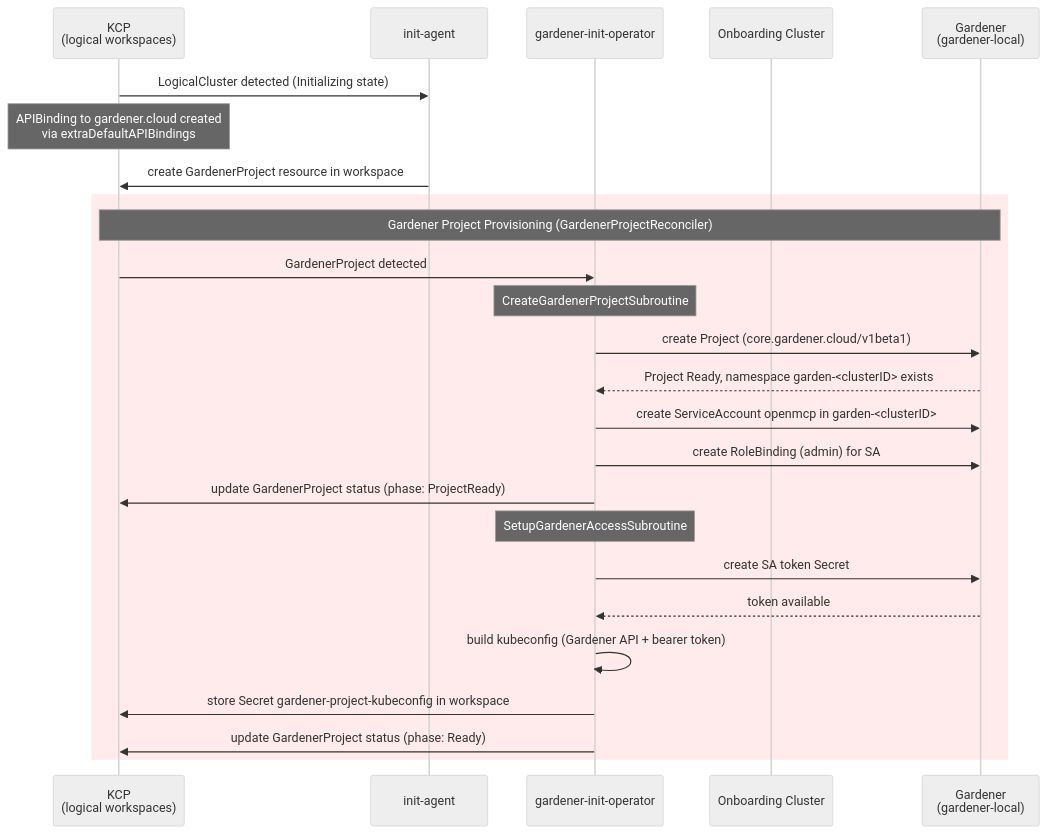
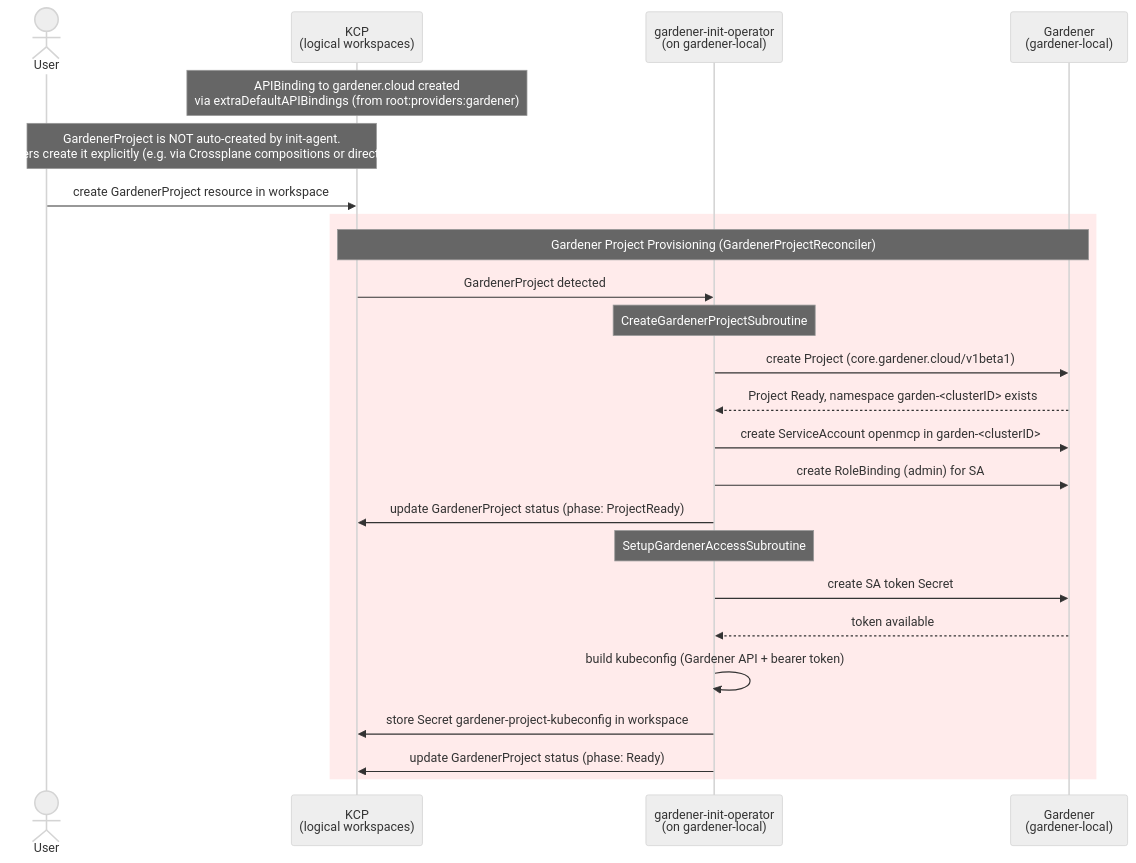
One commit to openmcp-project/local-event-showcase changed the third of 3 diagrams in concept.md. Above: the diagram before and after it, drawn with Mermaid (neutral theme). The commit also changed other lines of this file and 19 other files, not shown here.

First line of the commit message:
feat(demo): build api-syncagent locally and move gardener API to own provider workspace

````diff
--- a/concept.md
+++ b/concept.md
@@ -159,32 +168,32 @@
 ```mermaid
 sequenceDiagram
+    actor User as User
     participant KCP as KCP<br/>(logical workspaces)
-    participant InitAgent as init-agent
-    participant Operator as gardener-init-operator
-    participant Onboarding as Onboarding Cluster
+    participant Operator as gardener-init-operator<br/>(on gardener-local)
     participant Gardener as Gardener<br/>(gardener-local)
 
-    KCP->>InitAgent: LogicalCluster detected (Initializing state)
-    Note over KCP: APIBinding to gardener.cloud created<br/>via extraDefaultAPIBindings
-    InitAgent->>KCP: create GardenerProject resource in workspace
+    Note over KCP: APIBinding to gardener.cloud created<br/>via extraDefaultAPIBindings (from root:providers:gardener)
+    Note over User,KCP: GardenerProject is NOT auto-created by init-agent.<br/>Users create it explicitly (e.g. via Crossplane compositions or directly).
+
+    User->>KCP: create GardenerProject resource in workspace
 
     rect rgb(255, 235, 235)
         Note over KCP,Gardener: Gardener Project Provisioning (GardenerProjectReconciler)
 
         KCP->>Operator: GardenerProject detected
 
         Note over Operator: CreateGardenerProjectSubroutine
         Operator->>Gardener: create Project (core.gardener.cloud/v1beta1)
         Gardener-->>Operator: Project Ready, namespace garden-<clusterID> exists
         Operator->>Gardener: create ServiceAccount openmcp in garden-<clusterID>
         Operator->>Gardener: create RoleBinding (admin) for SA
         Operator->>KCP: update GardenerProject status (phase: ProjectReady)
 
         Note over Operator: SetupGardenerAccessSubroutine
         Operator->>Gardener: create SA token Secret
         Gardener-->>Operator: token available
         Operator->>Operator: build kubeconfig (Gardener API + bearer token)
         Operator->>KCP: store Secret gardener-project-kubeconfig in workspace
         Operator->>KCP: update GardenerProject status (phase: Ready)
     end
 ```
````
